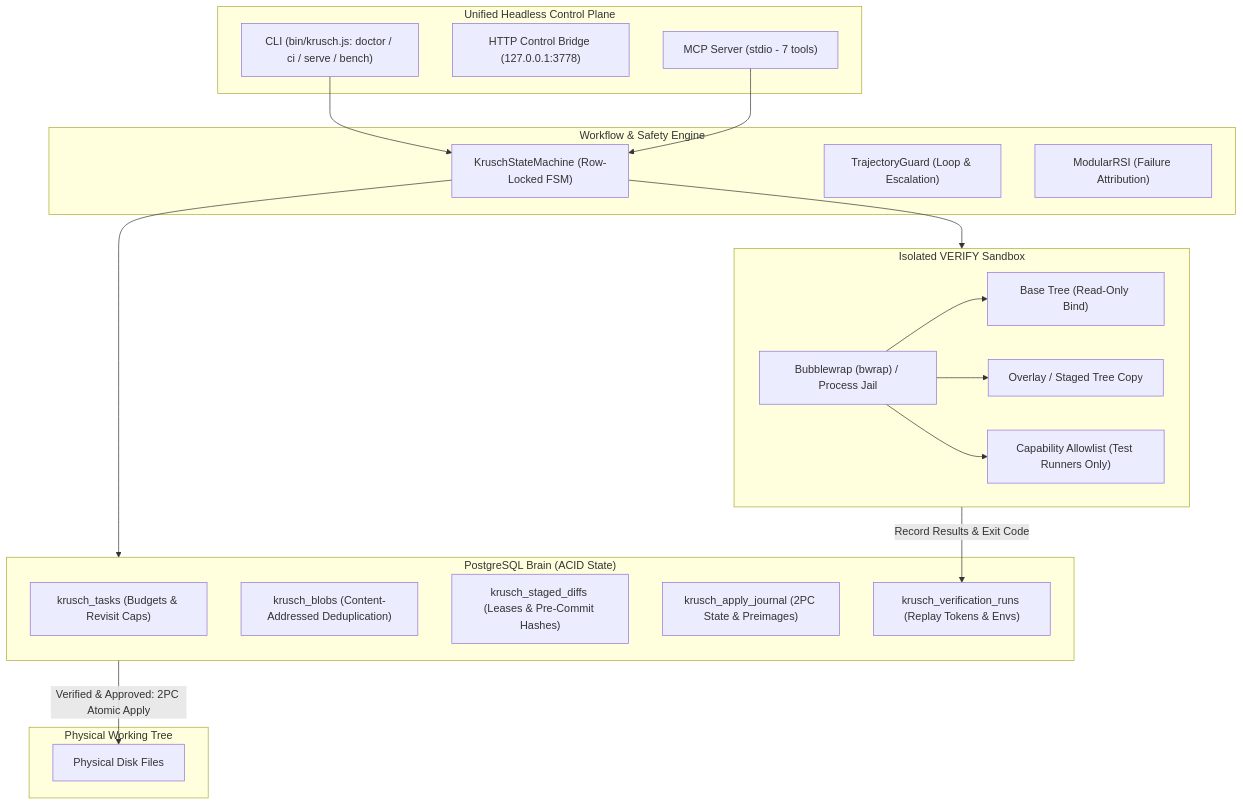
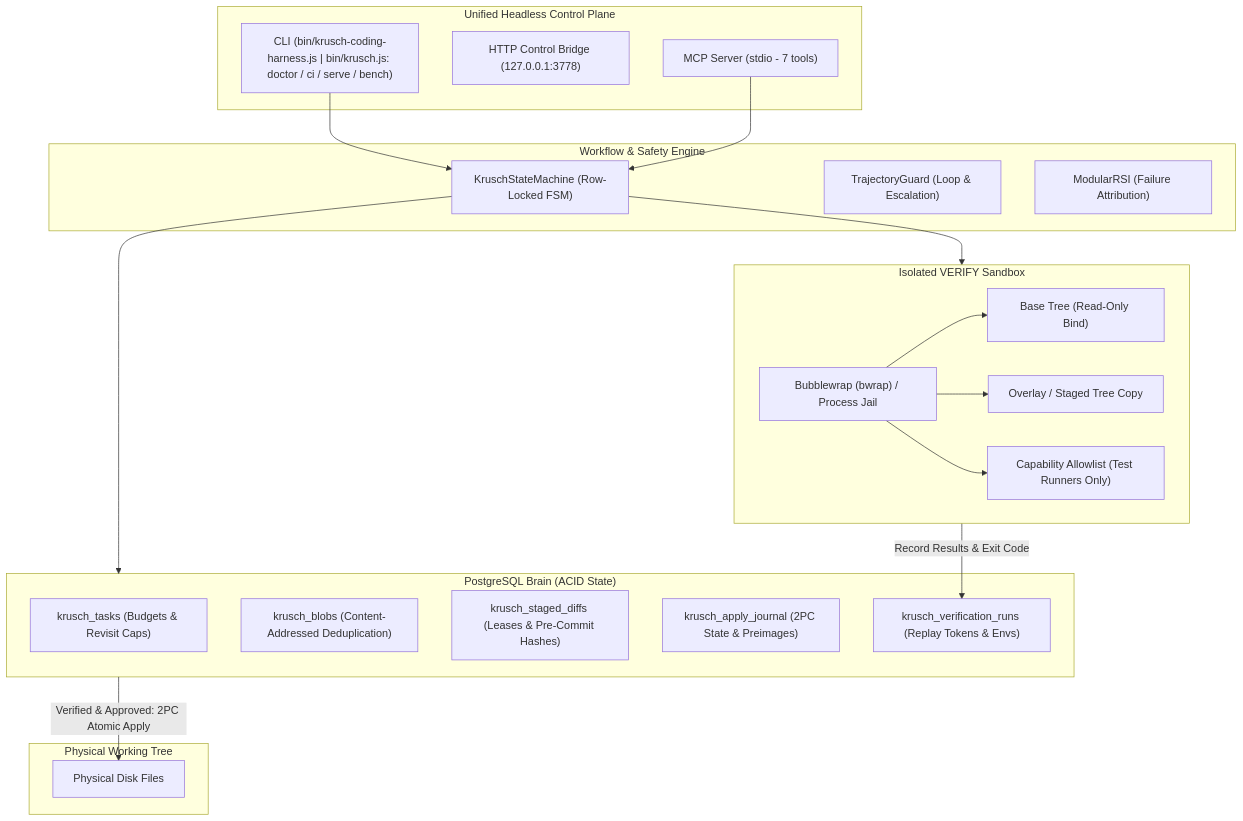
The diagram in README.md (kruschdev/krusch), drawn with Mermaid before and after one commit. The commit also changed other lines of this file and 8 other files, not shown here.

Commit message:
chore(pkg): rename repository and package to krusch-coding-harness with backwards-compatible CLI aliases

````diff
--- a/README.md
+++ b/README.md
@@ -50,43 +50,43 @@
 ```mermaid
 flowchart TD
     subgraph ControlPlane ["Unified Headless Control Plane"]
-        CLI["CLI (bin/krusch.js: doctor / ci / serve / bench)"]
+        CLI["CLI (bin/krusch-coding-harness.js | bin/krusch.js: doctor / ci / serve / bench)"]
         Bridge["HTTP Control Bridge (127.0.0.1:3778)"]
         MCP["MCP Server (stdio - 7 tools)"]
     end
 
     subgraph Workflow ["Workflow & Safety Engine"]
         FSM["KruschStateMachine (Row-Locked FSM)"]
         Guard["TrajectoryGuard (Loop & Escalation)"]
         Classifier["ModularRSI (Failure Attribution)"]
     end
 
     subgraph StorageEngine ["PostgreSQL Brain (ACID State)"]
         Tasks["krusch_tasks (Budgets & Revisit Caps)"]
         Blobs["krusch_blobs (Content-Addressed Deduplication)"]
         Diffs["krusch_staged_diffs (Leases & Pre-Commit Hashes)"]
         Journal["krusch_apply_journal (2PC State & Preimages)"]
         Runs["krusch_verification_runs (Replay Tokens & Envs)"]
     end
 
     subgraph Sandbox ["Isolated VERIFY Sandbox"]
         Bwrap["Bubblewrap (bwrap) / Process Jail"]
         BaseRO["Base Tree (Read-Only Bind)"]
         Overlay["Overlay / Staged Tree Copy"]
         Allowlist["Capability Allowlist (Test Runners Only)"]
         Bwrap --> BaseRO
         Bwrap --> Overlay
         Bwrap --> Allowlist
     end
 
     subgraph Disk ["Physical Working Tree"]
         WorkingTree["Physical Disk Files"]
     end
 
     CLI --> FSM
     MCP --> FSM
     FSM --> StorageEngine
     FSM --> Sandbox
     Sandbox -->|Record Results & Exit Code| Runs
     StorageEngine -->|Verified & Approved: 2PC Atomic Apply| WorkingTree
 ```
````
